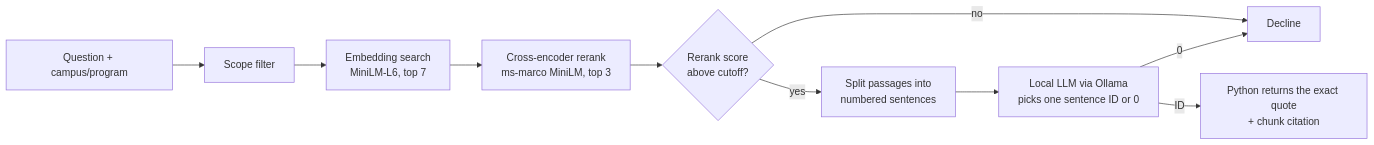
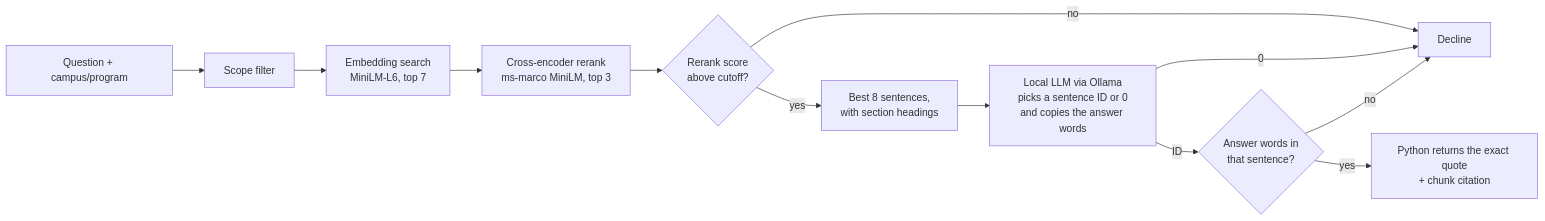
The diagram in README.md (Anish0104/campus-knowledge-assistant), drawn with Mermaid before and after one commit. The commit also changed other lines of this file and 12 other files, not shown here.

````diff
--- a/README.md
+++ b/README.md
@@ -15,12 +15,14 @@
 ```mermaid
 flowchart LR
     Q[Question + campus/program] --> F[Scope filter]
     F --> E[Embedding search<br/>MiniLM-L6, top 7]
     E --> R[Cross-encoder rerank<br/>ms-marco MiniLM, top 3]
     R --> T{Rerank score<br/>above cutoff?}
     T -- no --> X[Decline]
-    T -- yes --> S[Split passages into<br/>numbered sentences]
-    S --> L[Local LLM via Ollama<br/>picks one sentence ID or 0]
+    T -- yes --> S[Best 8 sentences,<br/>with section headings]
+    S --> L[Local LLM via Ollama<br/>picks a sentence ID or 0<br/>and copies the answer words]
     L -- 0 --> X
-    L -- ID --> A[Python returns the exact quote<br/>+ chunk citation]
+    L -- ID --> V{Answer words in<br/>that sentence?}
+    V -- no --> X
+    V -- yes --> A[Python returns the exact quote<br/>+ chunk citation]
 ```
````
